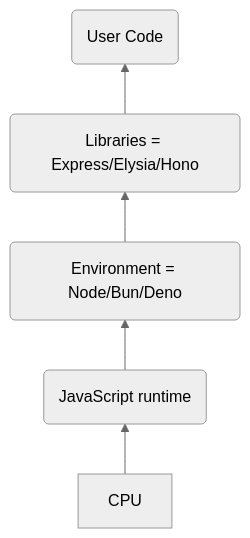
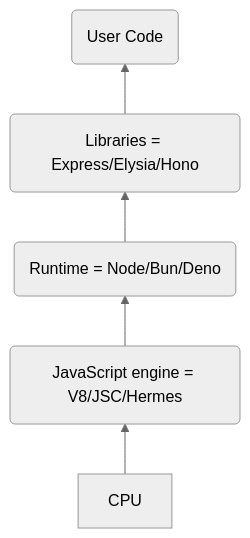
The sixth of 7 diagrams in slides.md (EkaanshArora/api-for-react-talk-deck), drawn with Mermaid (neutral theme) before and after one commit. The commit also changed other lines of this file and 4 other files, not shown here.

````diff
--- a/slides.md
+++ b/slides.md
@@ -151,6 +150,6 @@
 ```mermaid {scale: 0.8}
 
 flowchart BT
-CPU --> id1(JavaScript runtime) --> id2(Environment = Node/Bun/Deno) --> id3(Libraries = Express/Elysia/Hono) --> id4(User Code)
+CPU --> id1(JavaScript engine = V8/JSC/Hermes) --> id2(Runtime = Node/Bun/Deno) --> id3(Libraries = Express/Elysia/Hono) --> id4(User Code)
 
 ```
````
